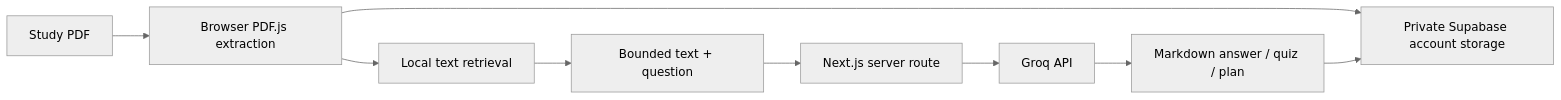
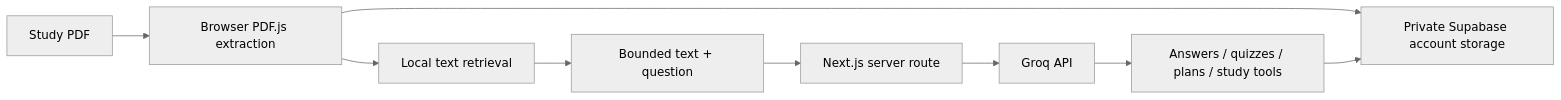
Before and after one commit to chaitanya9560/Clariqo: the diagram in README.md, drawn with Mermaid (neutral theme). The commit also changed other lines of this file and 2 other files, not shown here.

Commit message:
Document study desk release and verification limits

````diff
--- a/README.md
+++ b/README.md
@@ -33,11 +35,11 @@
 ```mermaid
 flowchart LR
     PDF[Study PDF] --> Browser[Browser PDF.js extraction]
     Browser --> Search[Local text retrieval]
     Browser --> Storage[Private Supabase account storage]
     Search --> API[Bounded text + question]
     API --> Server[Next.js server route]
     Server --> Groq[Groq API]
-    Groq --> Answer[Markdown answer / quiz / plan]
+    Groq --> Answer[Answers / quizzes / plans / study tools]
     Answer --> Storage
 ```
````
